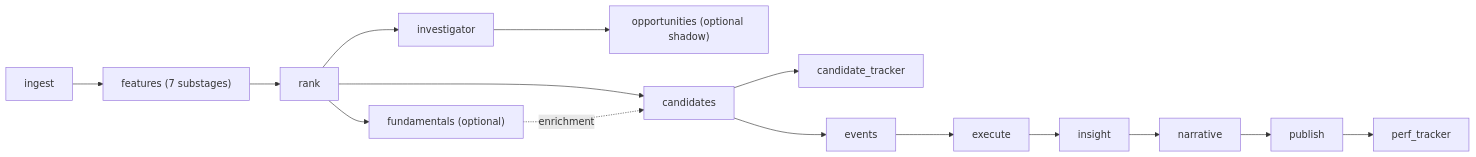
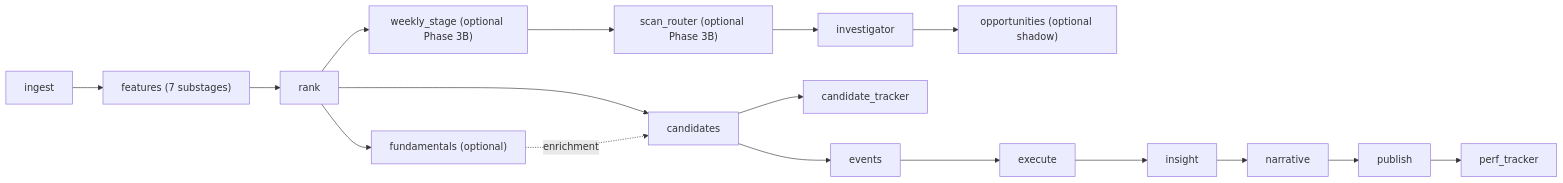
One commit to prashantsirohi/ai-trading-system changed the diagram in docs/architecture/operational_data_flow.md. Above: the diagram before and after it, drawn with Mermaid. The commit also changed other lines of this file and 39 other files, not shown here.

Commit message:
feat(opportunities): add Phase 3B stage coverage and scan routing

````diff
--- a/docs/architecture/operational_data_flow.md
+++ b/docs/architecture/operational_data_flow.md
@@ -46,17 +46,19 @@
 ```mermaid
 flowchart LR
     I["ingest"] --> F["features (7 substages)"]
     F --> R["rank"]
-    R --> V["investigator"]
+    R --> W["weekly_stage (optional Phase 3B)"]
+    W --> SR["scan_router (optional Phase 3B)"]
+    SR --> V["investigator"]
     V --> O["opportunities (optional shadow)"]
     R --> U["fundamentals (optional)"]
     R --> C["candidates"]
     U -. "enrichment" .-> C
     C --> T["candidate_tracker"]
     C --> E["events"]
     E --> X["execute"]
     X --> S["insight"]
     S --> N["narrative"]
     N --> P["publish"]
     P --> Q["perf_tracker"]
 ```
````
